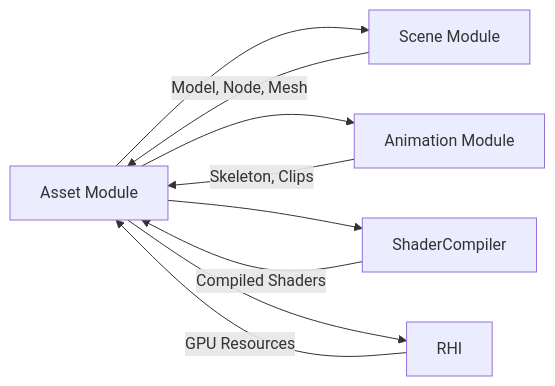
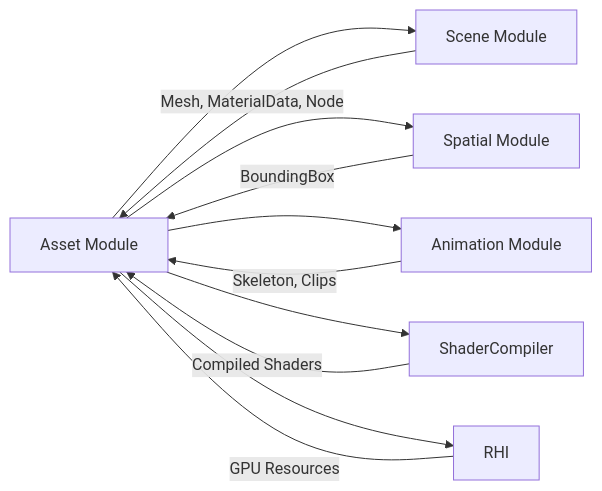
The seventh of 7 diagrams in Docs/Resource Management System Design.md (yzscodehub/RenderVerseX), drawn with Mermaid before and after one commit. The commit also changed other lines of this file and 60 other files, not shown here.

Commit message:
feat: add spatial and scene module

````diff
--- a/Docs/Resource Management System Design.md
+++ b/Docs/Resource Management System Design.md
@@ -998,12 +1254,14 @@
 ```mermaid
 graph LR
     Asset[Asset Module] --> Scene[Scene Module]
+    Asset --> Spatial[Spatial Module]
     Asset --> Animation[Animation Module]
     Asset --> ShaderCompiler[ShaderCompiler]
     Asset --> RHI[RHI]
     
-    Scene --> |Model, Node, Mesh| Asset
+    Scene --> |Mesh, MaterialData, Node| Asset
+    Spatial --> |BoundingBox| Asset
     Animation --> |Skeleton, Clips| Asset
     ShaderCompiler --> |Compiled Shaders| Asset
     RHI --> |GPU Resources| Asset
 ```
````
